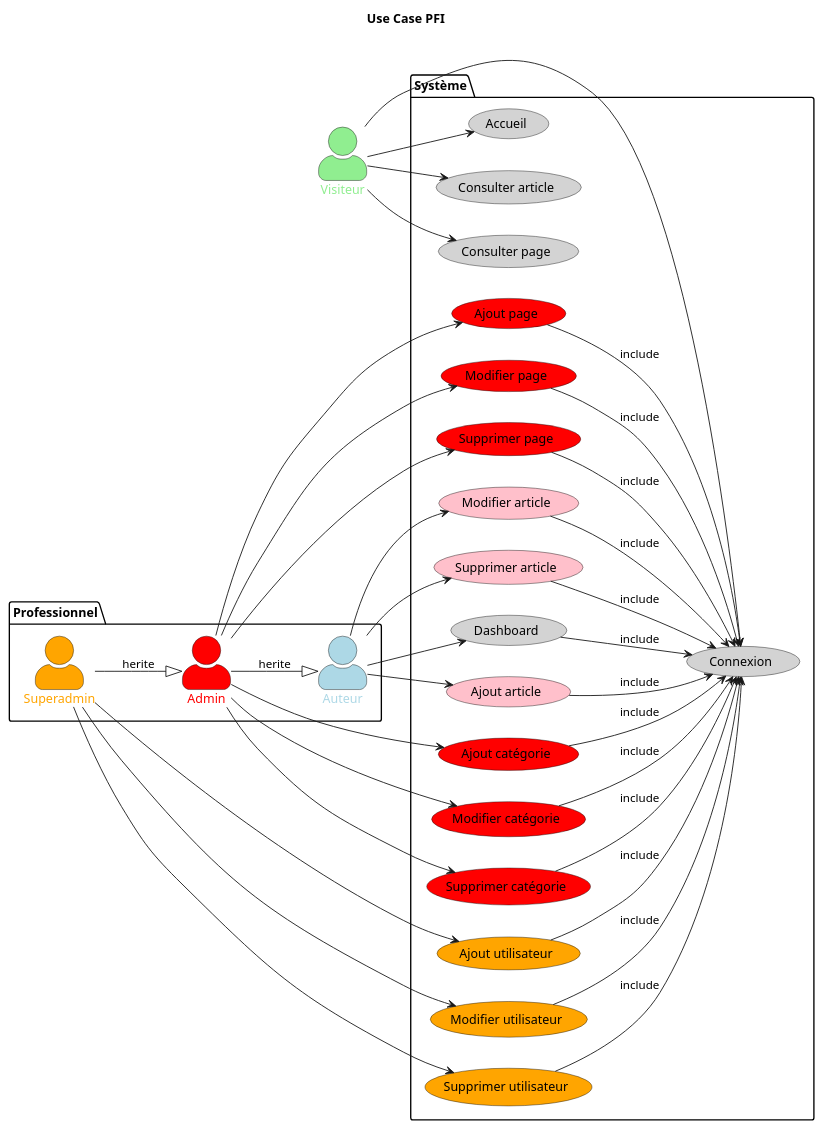
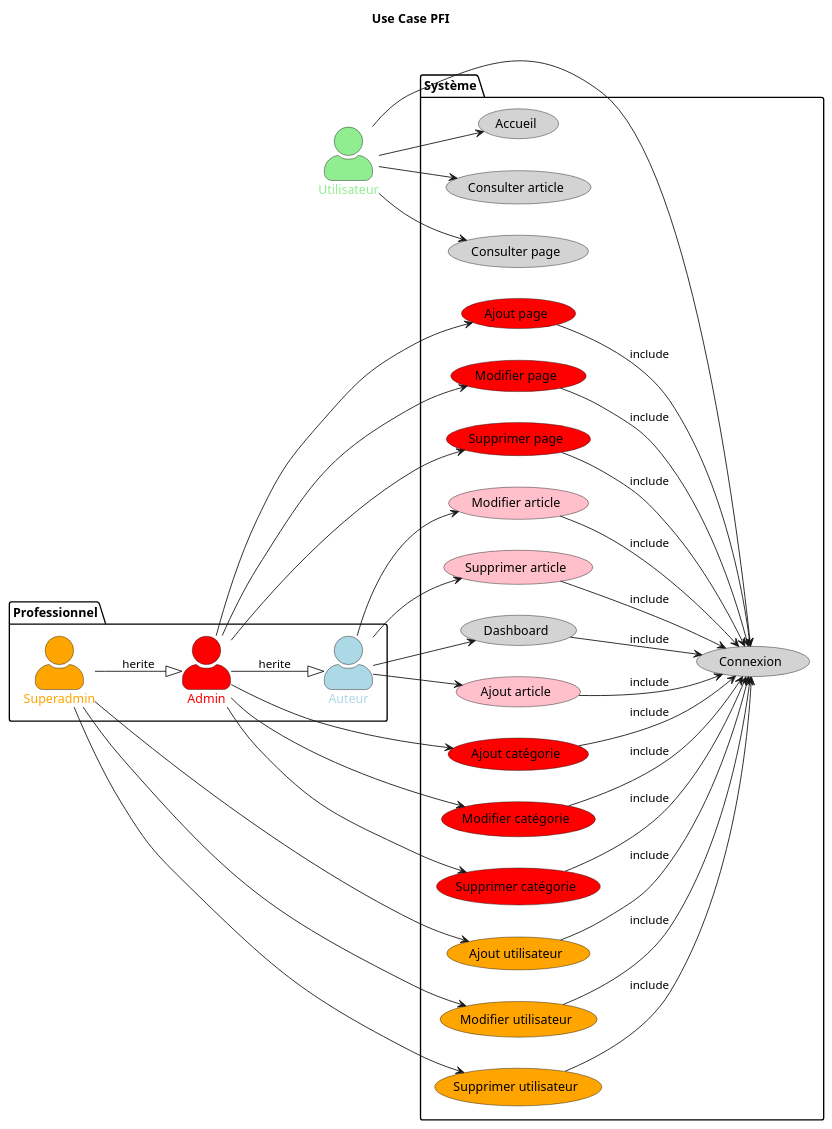
One commit to fledgless/PFI-HDF changed the diagram in public/conception/diagrammes/usecase.puml. Above: the diagram before and after it, drawn with PlantUML. The commit also changed 7 other files, not shown here.

```diff
--- a/public/conception/diagrammes/usecase.puml
+++ b/public/conception/diagrammes/usecase.puml
@@ -1,83 +1,83 @@
 @startuml UseCase
 left to right direction
 skinparam actorStyle awesome
 title Use Case PFI
 
 ' Package des professionnels connectés 
 package "Professionnel" {
   actor "Auteur" as Au #LightBlue;text:LightBlue
   actor "Admin" as Ad #Red;text:Red
   actor "Superadmin" as S #Orange;text:Orange
 }
 ' Utilisateur non connecté
-actor "Visiteur" as V #LightGreen;text:LightGreen
+actor "Utilisateur" as U #LightGreen;text:LightGreen
 
 package "Système" {
   usecase "Accueil" as UC1 #LightGray;text:Black
   usecase "Connexion" as UC2 #LightGray;text:Black
   usecase "Dashboard" as UC3 #LightGray;text:Black
   usecase "Consulter article" as UC4 #LightGray;text:Black
   usecase "Consulter page" as UC5 #LightGray;text:Black
   
   usecase "Ajout article" as UC6 #Pink;text:Black
   usecase "Modifier article" as UC7 #Pink;text:Black
   usecase "Supprimer article" as UC8 #Pink;text:Black
 
   usecase "Ajout catégorie" as UC9 #Red;text:Black
   usecase "Modifier catégorie" as UC10 #Red;text:Black
     usecase "Supprimer catégorie" as UC11 #Red;text:Black
     usecase "Ajout page" as UC12 #Red;text:Black
     usecase "Modifier page" as UC13 #Red;text:Black
     usecase "Supprimer page" as UC14 #Red;text:Black
 
     usecase "Ajout utilisateur" as UC15 #Orange;text:Black
     usecase "Modifier utilisateur" as UC16 #Orange;text:Black
     usecase "Supprimer utilisateur" as UC17 #Orange;text:Black
 }
 
 ' Relations entre acteurs et cas d'utilisation
 ' Utilisateur non connecté
-V --> UC1
-V --> UC2
-V --> UC4
-V --> UC5
+U --> UC1
+U --> UC2
+U --> UC4
+U --> UC5
 
 ' Utilisateur connecté avec le rôle d'Auteur
 Au --> UC3
 Au --> UC6
 Au --> UC7
 Au --> UC8
 
 ' Utilisateur connecté avec le rôle d'Admin
 Ad --> UC9
 Ad --> UC10
 Ad --> UC11
 Ad --> UC12
 Ad --> UC13
 Ad --> UC14
 
 ' Utilisateur connecté avec le rôle de Superadmin
 S --> UC15
 S --> UC16
 S --> UC17
 
 ' Héritage
 S --|> Ad : herite
 Ad --|> Au : herite
 
 ' Relations entre cas d'utilisation
 UC3 --> UC2 : include
 UC6 --> UC2 : include
 UC7 --> UC2 : include
 UC8 --> UC2 : include
 UC9 --> UC2 : include
 UC10 --> UC2 : include
 UC11 --> UC2 : include
 UC12 --> UC2 : include
 UC13 --> UC2 : include
 UC14 --> UC2 : include
 UC15 --> UC2 : include
 UC16 --> UC2 : include
 UC17 --> UC2 : include
 
 @enduml
```
